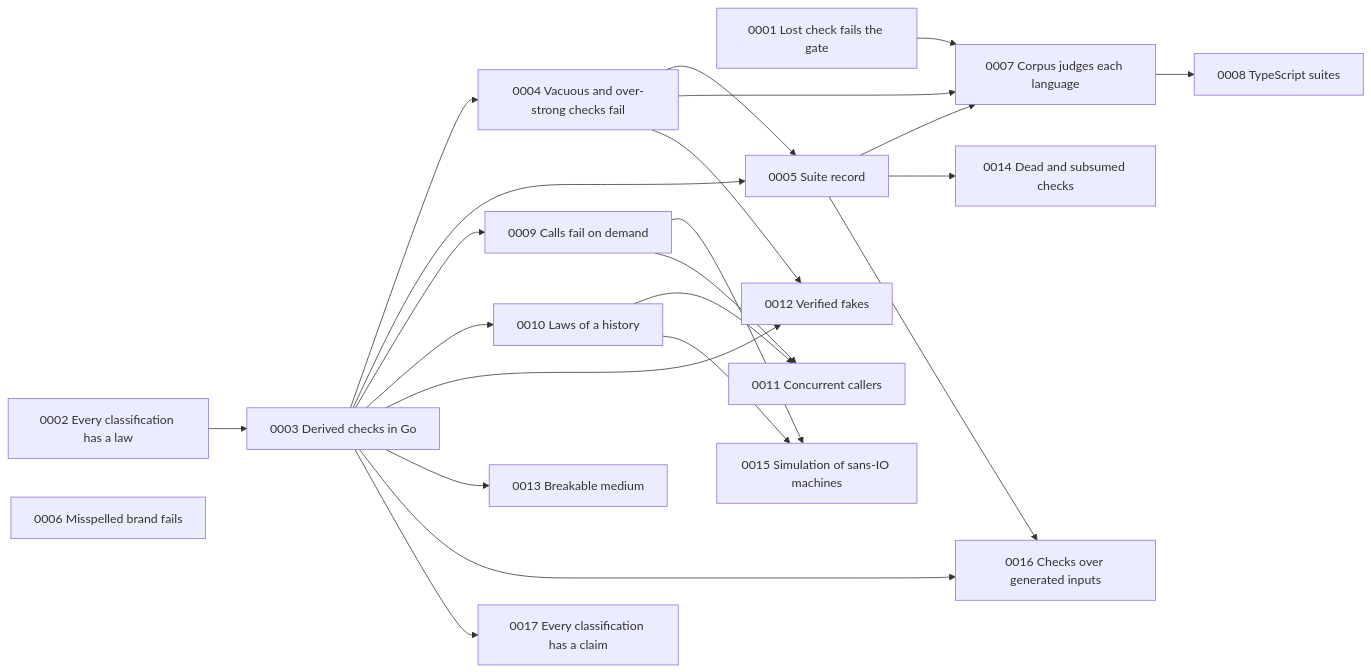
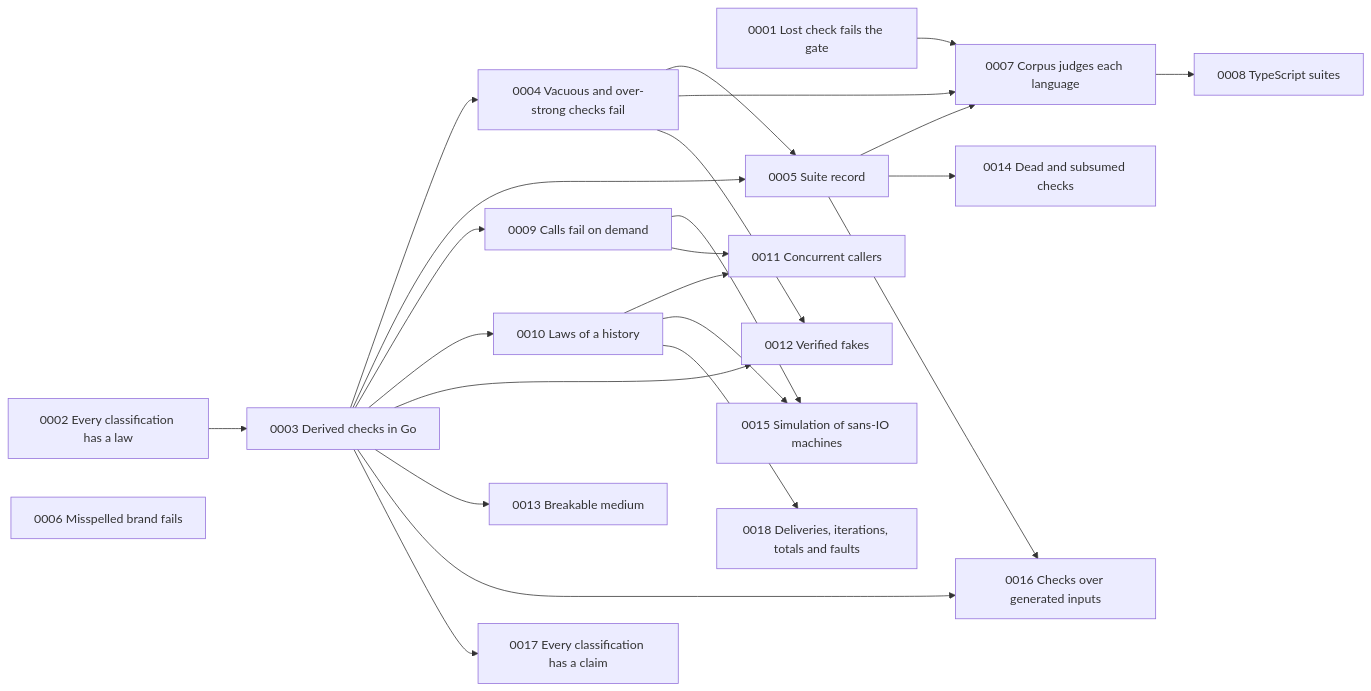
Before and after one commit to dokimasia/dokimi: the diagram in docs/roadmap/README.md, drawn with Mermaid. The commit also changed other lines of this file and 7 other files, not shown here.

First line of the commit message:
docs(roadmap): close milestones 0009, 0010 and 0016

````diff
--- a/docs/roadmap/README.md
+++ b/docs/roadmap/README.md
@@ -10,41 +10,43 @@
 ```mermaid
 flowchart LR
     M0001[0001 Lost check fails the gate]
     M0002[0002 Every classification has a law]
     M0003[0003 Derived checks in Go]
     M0004[0004 Vacuous and over-strong checks fail]
     M0005[0005 Suite record]
     M0006[0006 Misspelled brand fails]
     M0007[0007 Corpus judges each language]
     M0008[0008 TypeScript suites]
     M0009[0009 Calls fail on demand]
     M0010[0010 Laws of a history]
     M0011[0011 Concurrent callers]
     M0012[0012 Verified fakes]
     M0013[0013 Breakable medium]
     M0014[0014 Dead and subsumed checks]
     M0015[0015 Simulation of sans-IO machines]
     M0016[0016 Checks over generated inputs]
     M0017[0017 Every classification has a claim]
+    M0018[0018 Deliveries, iterations, totals and faults]
     M0002 --> M0003
     M0003 --> M0004
     M0003 --> M0005
     M0004 --> M0005
     M0001 --> M0007
     M0004 --> M0007
     M0005 --> M0007
     M0007 --> M0008
     M0003 --> M0009
     M0003 --> M0010
     M0010 --> M0011
     M0003 --> M0012
     M0004 --> M0012
     M0003 --> M0013
     M0005 --> M0014
     M0009 --> M0015
     M0010 --> M0015
     M0003 --> M0016
     M0005 --> M0016
     M0003 --> M0017
     M0009 --> M0011
+    M0010 --> M0018
 ```
````
